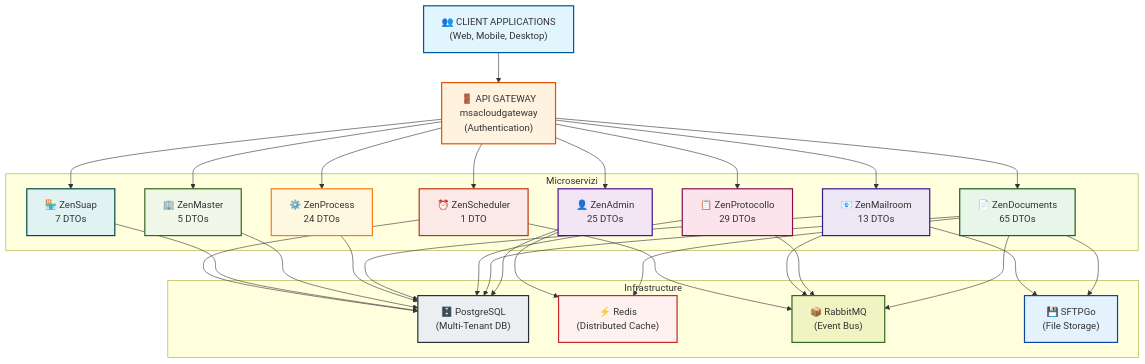
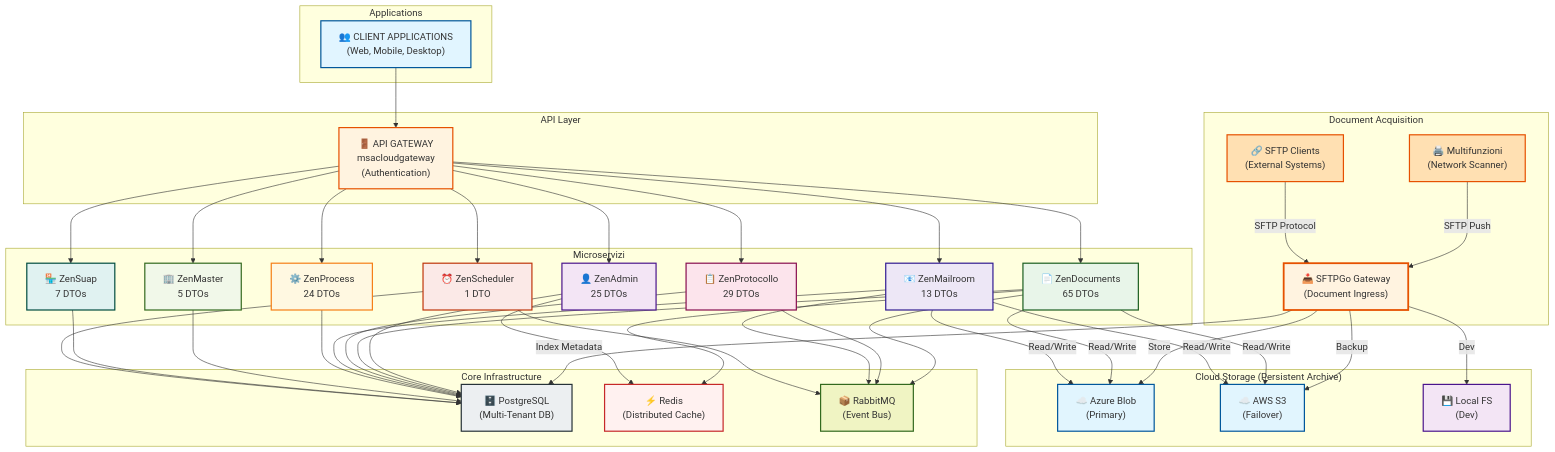
Before and after one commit to gianlucaciarcelluti/Interzen.ZenIA: the first of 23 diagrams in docs/ZENSHAREUP-ARCHITECTURE.md, drawn with Mermaid. The commit also changed other lines of this file, not shown here.

First line of the commit message:
Docs: Aggiorna ZENSHAREUP-ARCHITECTURE con SFTPGo e storage cloud

````diff
--- a/docs/ZENSHAREUP-ARCHITECTURE.md
+++ b/docs/ZENSHAREUP-ARCHITECTURE.md
@@ -30,9 +30,18 @@
 ```mermaid
 graph TB
-    Client["👥 CLIENT APPLICATIONS<br/>(Web, Mobile, Desktop)"]
-    Gateway["🚪 API GATEWAY<br/>msacloudgateway<br/>(Authentication)"]
+    subgraph "Document Acquisition"
+        Multifunz["🖨️ Multifunzioni<br/>(Network Scanner)"]
+        SFTP["🔗 SFTP Clients<br/>(External Systems)"]
+        SFTPGo["📥 SFTPGo Gateway<br/>(Document Ingress)"]
+    end
 
-    Client --> Gateway
+    subgraph "Applications"
+        Client["👥 CLIENT APPLICATIONS<br/>(Web, Mobile, Desktop)"]
+    end
+
+    subgraph "API Layer"
+        Gateway["🚪 API GATEWAY<br/>msacloudgateway<br/>(Authentication)"]
+    end
 
     subgraph "Microservizi"
         Admin["👤 ZenAdmin<br/>25 DTOs"]
@@ -45,6 +54,26 @@
         Scheduler["⏰ ZenScheduler<br/>1 DTO"]
     end
 
+    subgraph "Core Infrastructure"
+        DB["🗄️ PostgreSQL<br/>(Multi-Tenant DB)"]
+        Cache["⚡ Redis<br/>(Distributed Cache)"]
+        Queue["📦 RabbitMQ<br/>(Event Bus)"]
+    end
+
+    subgraph "Cloud Storage (Persistent Archive)"
+        Azure["☁️ Azure Blob<br/>(Primary)"]
+        S3["☁️ AWS S3<br/>(Failover)"]
+        Filesystem["💾 Local FS<br/>(Dev)"]
+    end
+
+    Multifunz -->|SFTP Push| SFTPGo
+    SFTP -->|SFTP Protocol| SFTPGo
+    SFTPGo -->|Store| Azure
+    SFTPGo -->|Backup| S3
+    SFTPGo -->|Dev| Filesystem
+    SFTPGo -->|Index Metadata| DB
+
+    Client --> Gateway
     Gateway --> Admin
     Gateway --> Documents
     Gateway --> Protocol
@@ -53,13 +82,6 @@
     Gateway --> Master
     Gateway --> Suap
     Gateway --> Scheduler
-
-    subgraph "Infrastructure"
-        DB["🗄️ PostgreSQL<br/>(Multi-Tenant DB)"]
-        Cache["⚡ Redis<br/>(Distributed Cache)"]
-        Queue["📦 RabbitMQ<br/>(Event Bus)"]
-        Storage["💾 SFTPGo<br/>(File Storage)"]
-    end
 
     Admin --> DB
     Documents --> DB
@@ -78,9 +100,14 @@
     Mailroom --> Queue
     Scheduler --> Queue
 
-    Documents --> Storage
-    Mailroom --> Storage
+    Documents -->|Read/Write| Azure
+    Documents -->|Read/Write| S3
+    Mailroom -->|Read/Write| Azure
+    Mailroom -->|Read/Write| S3
 
+    style Multifunz fill:#ffe0b2,stroke:#e65100,stroke-width:2px
+    style SFTP fill:#ffe0b2,stroke:#e65100,stroke-width:2px
+    style SFTPGo fill:#fff3e0,stroke:#e65100,stroke-width:3px
     style Client fill:#e1f5ff,stroke:#01579b,stroke-width:2px
     style Gateway fill:#fff3e0,stroke:#e65100,stroke-width:2px
     style Admin fill:#f3e5f5,stroke:#4a148c,stroke-width:2px
@@ -94,5 +121,7 @@
     style DB fill:#eceff1,stroke:#263238,stroke-width:2px
     style Cache fill:#fff1f0,stroke:#c62828,stroke-width:2px
     style Queue fill:#f0f4c3,stroke:#33691e,stroke-width:2px
-    style Storage fill:#e3f2fd,stroke:#0d47a1,stroke-width:2px
+    style Azure fill:#e1f5fe,stroke:#01579b,stroke-width:2px
+    style S3 fill:#e1f5fe,stroke:#01579b,stroke-width:2px
+    style Filesystem fill:#f3e5f5,stroke:#4a148c,stroke-width:2px
 ```
````
